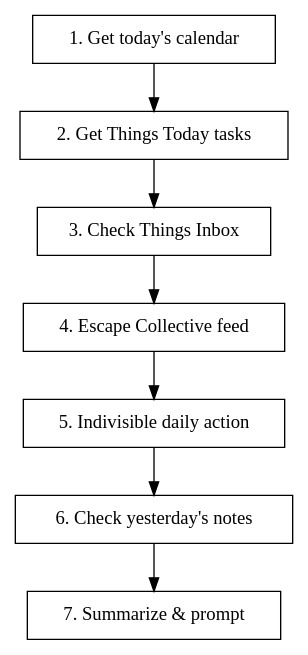
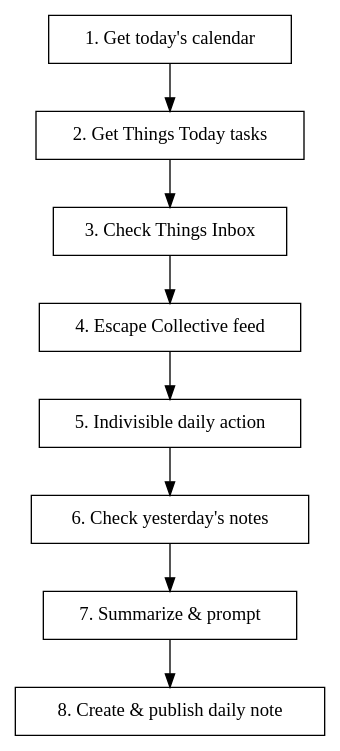
Before and after one commit to jhuggart/dotfiles: the diagram in claude/skills/daily/SKILL.md, drawn with Graphviz. The commit also changed other lines of this file and 3 other files, not shown here.

First line of the commit message:
Daily skill: publish note to Supernote, richer Escape Collective (#8)

````diff
--- a/claude/skills/daily/SKILL.md
+++ b/claude/skills/daily/SKILL.md
@@ -10,13 +10,14 @@
 ```dot
 digraph daily {
     rankdir=TB;
     node [shape=box];
 
     "1. Get today's calendar" -> "2. Get Things Today tasks";
     "2. Get Things Today tasks" -> "3. Check Things Inbox";
     "3. Check Things Inbox" -> "4. Escape Collective feed";
     "4. Escape Collective feed" -> "5. Indivisible daily action";
     "5. Indivisible daily action" -> "6. Check yesterday's notes";
     "6. Check yesterday's notes" -> "7. Summarize & prompt";
+    "7. Summarize & prompt" -> "8. Create & publish daily note";
 }
 ```
````
